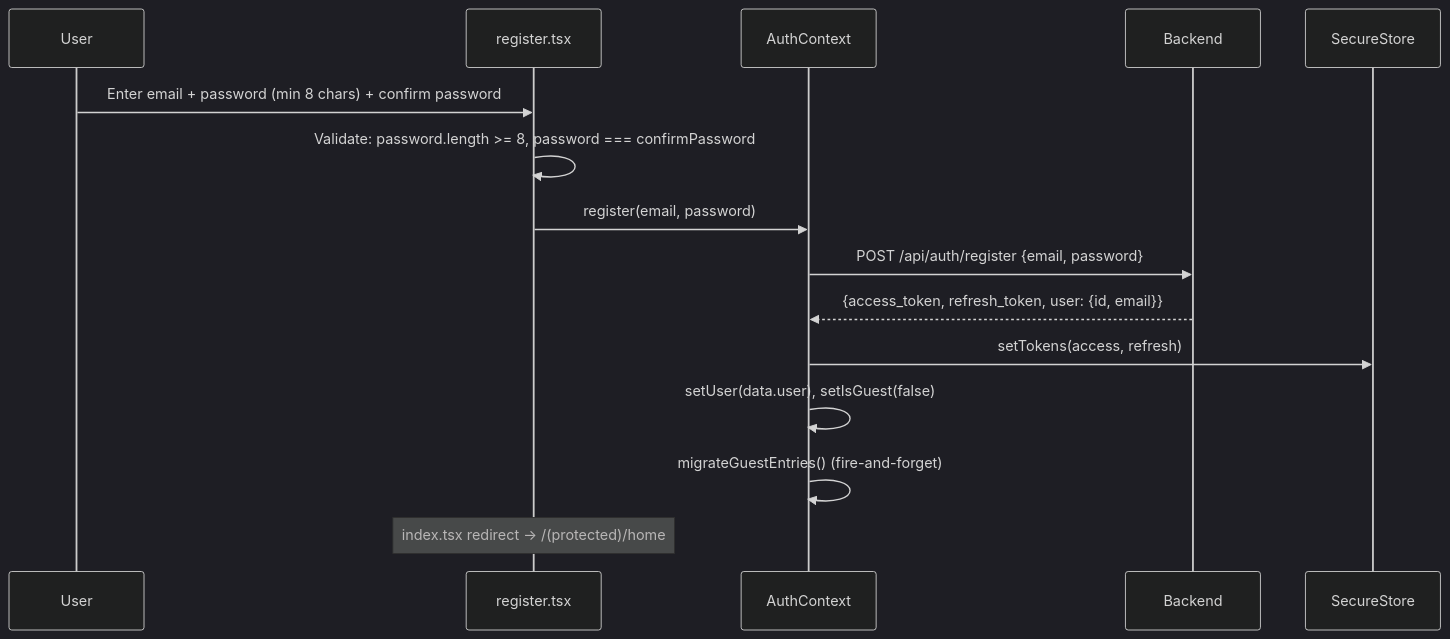
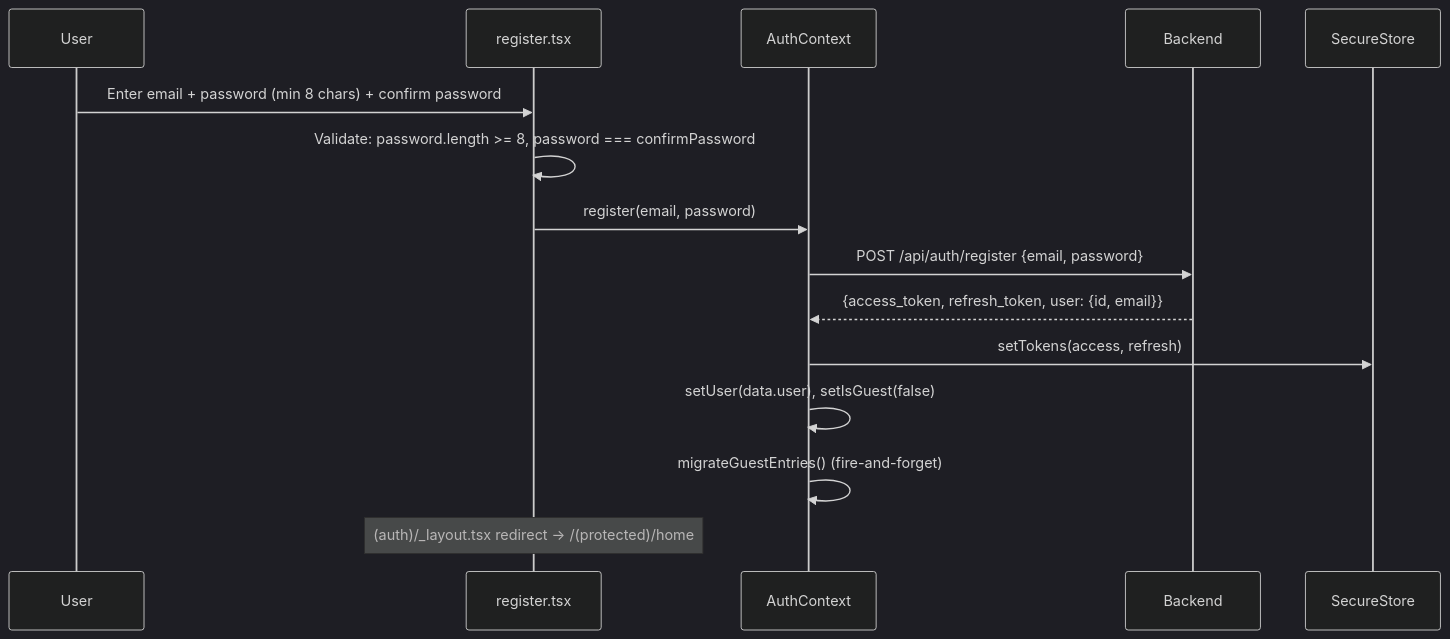
The fifth of 29 diagrams in FLOWS.md (ahmetk3436/Daiyly), drawn with Mermaid (dark theme) before and after one commit. The commit also changed other lines of this file and 32 other files, not shown here.

````diff
--- a/FLOWS.md
+++ b/FLOWS.md
@@ -204,18 +213,18 @@
 ```mermaid
 sequenceDiagram
     participant U as User
     participant App as register.tsx
     participant Ctx as AuthContext
     participant API as Backend
     participant SS as SecureStore
 
     U->>App: Enter email + password (min 8 chars) + confirm password
     App->>App: Validate: password.length >= 8, password === confirmPassword
     App->>Ctx: register(email, password)
     Ctx->>API: POST /api/auth/register {email, password}
     API-->>Ctx: {access_token, refresh_token, user: {id, email}}
     Ctx->>SS: setTokens(access, refresh)
     Ctx->>Ctx: setUser(data.user), setIsGuest(false)
     Ctx->>Ctx: migrateGuestEntries() (fire-and-forget)
-    Note over App: index.tsx redirect → /(protected)/home
+    Note over App: (auth)/_layout.tsx redirect → /(protected)/home
 ```
````
